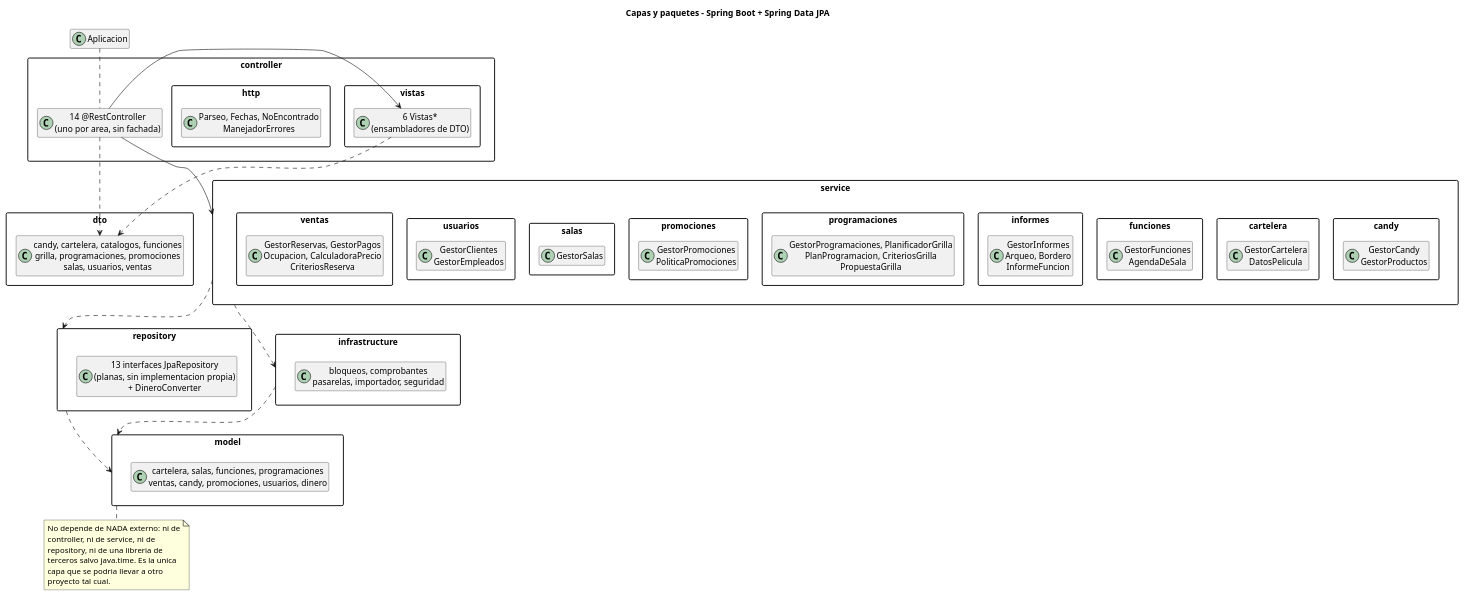
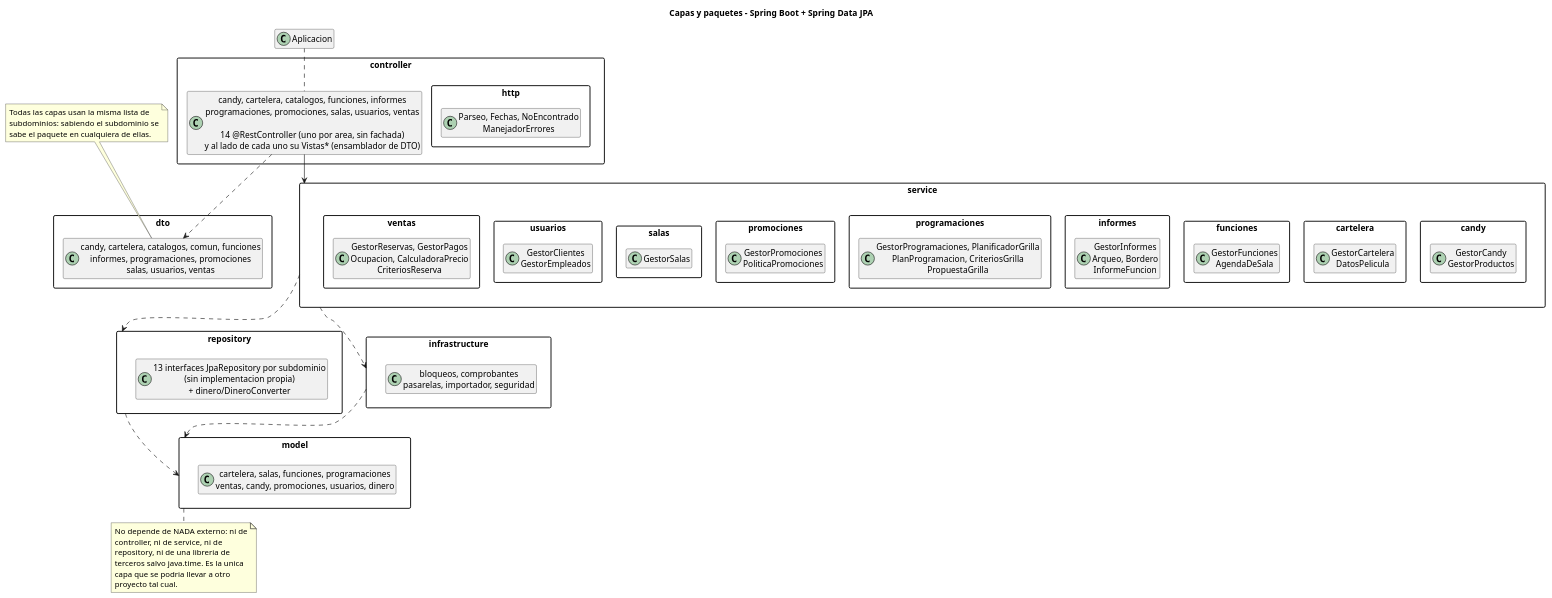
Before and after one commit to andreiveisuade/cine-uade: the diagram in _other/docs/diagramas/capas.puml, drawn with PlantUML. The commit also changed 7 other files, not shown here.

Commit message:
docs: misma lista de subdominios en todas las capas, en el manual y los diagramas

```diff
--- a/_other/docs/diagramas/capas.puml
+++ b/_other/docs/diagramas/capas.puml
@@ -1,89 +1,90 @@
 @startuml capas
 title Capas y paquetes - Spring Boot + Spring Data JPA
 
 skinparam classAttributeIconSize 0
 skinparam packageStyle rectangle
 skinparam nodesep 12
 skinparam ranksep 40
 hide members
 
 package controller {
-  package vistas {
-    class "6 Vistas*\n(ensambladores de DTO)" as VistasInternas
-  }
   package http {
     class "Parseo, Fechas, NoEncontrado\nManejadorErrores" as Http
   }
-  class "14 @RestController\n(uno por area, sin fachada)" as Controllers
+  class "candy, cartelera, catalogos, funciones, informes\nprogramaciones, promociones, salas, usuarios, ventas\n\n14 @RestController (uno por area, sin fachada)\ny al lado de cada uno su Vistas* (ensamblador de DTO)" as Controllers
 }
 
 package dto {
-  class "candy, cartelera, catalogos, funciones\ngrilla, programaciones, promociones\nsalas, usuarios, ventas" as Dtos
+  class "candy, cartelera, catalogos, comun, funciones\ninformes, programaciones, promociones\nsalas, usuarios, ventas" as Dtos
 }
 
 package service {
   package candy as srv_candy {
     class "GestorCandy\nGestorProductos" as SrvCandy
   }
   package cartelera as srv_cartelera {
     class "GestorCartelera\nDatosPelicula" as SrvCartelera
   }
   package funciones as srv_funciones {
     class "GestorFunciones\nAgendaDeSala" as SrvFunciones
   }
   package informes as srv_informes {
     class "GestorInformes\nArqueo, Bordero\nInformeFuncion" as SrvInformes
   }
   package programaciones as srv_programaciones {
     class "GestorProgramaciones, PlanificadorGrilla\nPlanProgramacion, CriteriosGrilla\nPropuestaGrilla" as SrvProgramaciones
   }
   package promociones as srv_promociones {
     class "GestorPromociones\nPoliticaPromociones" as SrvPromociones
   }
   package salas as srv_salas {
     class "GestorSalas" as SrvSalas
   }
   package usuarios as srv_usuarios {
     class "GestorClientes\nGestorEmpleados" as SrvUsuarios
   }
   package ventas as srv_ventas {
     class "GestorReservas, GestorPagos\nOcupacion, CalculadoraPrecio\nCriteriosReserva" as SrvVentas
   }
 }
 
 package model {
   class "cartelera, salas, funciones, programaciones\nventas, candy, promociones, usuarios, dinero" as DomSubpaquetes
 }
 
 package repository {
-  class "13 interfaces JpaRepository\n(planas, sin implementacion propia)\n+ DineroConverter" as Repos
+  class "13 interfaces JpaRepository por subdominio\n(sin implementacion propia)\n+ dinero/DineroConverter" as Repos
 }
 
 package infrastructure {
   class "bloqueos, comprobantes\npasarelas, importador, seguridad" as Infra
 }
 
 class Aplicacion
 
 Controllers -down-> service
-Controllers -right-> VistasInternas
 Controllers ..> Dtos
-VistasInternas ..> Dtos
 
 service ..> repository
 service ..> infrastructure
 repository ..> model
 infrastructure ..> model
 
 note bottom of model
   No depende de NADA externo: ni de
   controller, ni de service, ni de
   repository, ni de una libreria de
   terceros salvo java.time. Es la unica
   capa que se podria llevar a otro
   proyecto tal cual.
 end note
 
+note top of Dtos
+  Todas las capas usan la misma lista de
+  subdominios: sabiendo el subdominio se
+  sabe el paquete en cualquiera de ellas.
+end note
+
 Aplicacion .. Controllers
 
 @enduml
```
